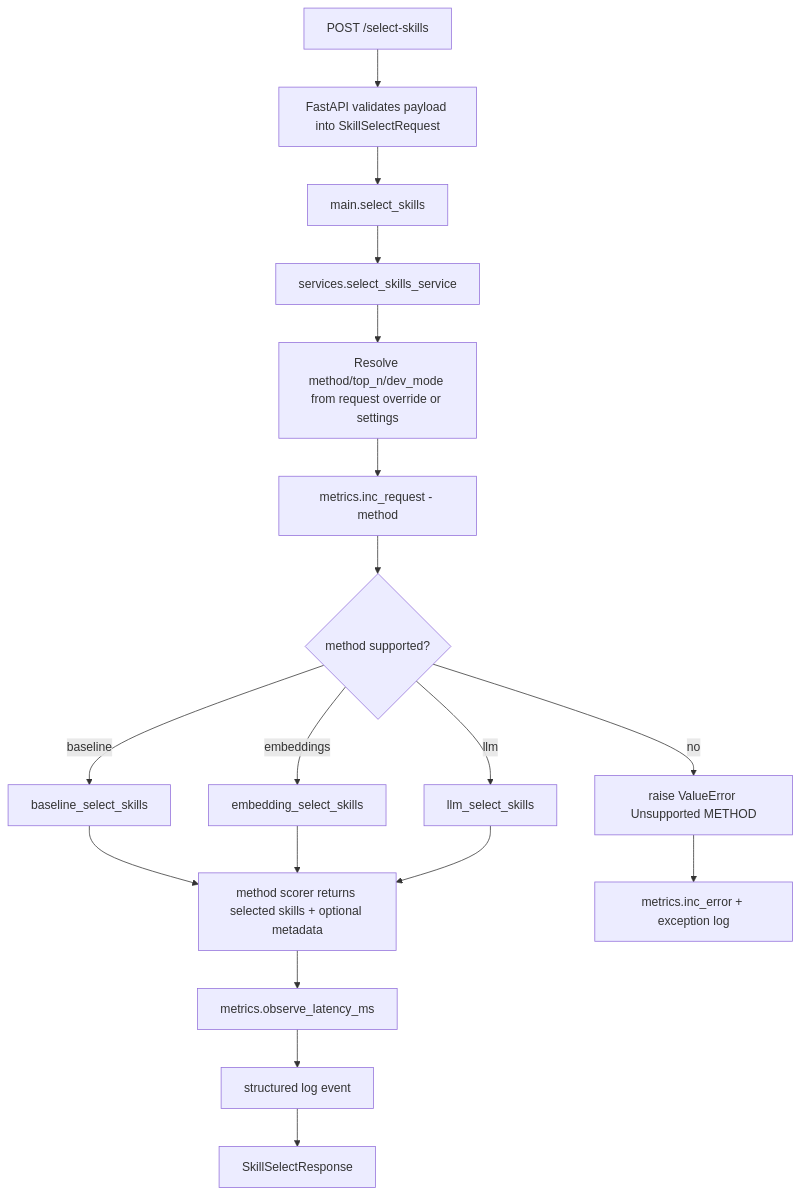
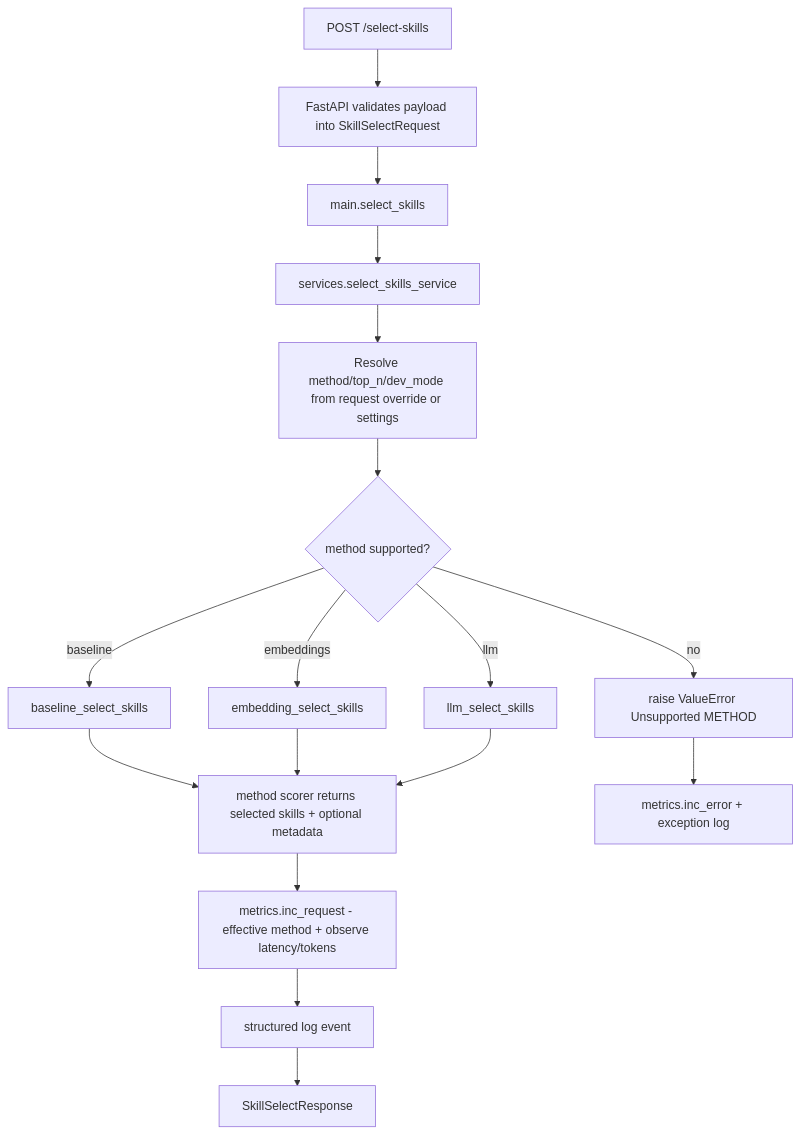
One commit to namerror/JobForge changed the diagram in docs/architecture-overview.md. Above: the diagram before and after it, drawn with Mermaid. The commit also changed other lines of this file and 8 other files, not shown here.

Commit message:
Update metrics to support fallback methods and token usage - add new metric entry to count total token usage - implement effective method count metrics: if a method fails and falls back to a method, the record should include the fallback method instead of the originally called one

````diff
--- a/docs/architecture-overview.md
+++ b/docs/architecture-overview.md
@@ -55,20 +55,19 @@
 ```mermaid
 flowchart TD
     A[POST /select-skills] --> B[FastAPI validates payload into SkillSelectRequest]
     B --> C[main.select_skills]
     C --> D[services.select_skills_service]
     D --> E[Resolve method/top_n/dev_mode from request override or settings]
-    E --> F[metrics.inc_request - method]
-    F --> G{method supported?}
+    E --> G{method supported?}
     G -- no --> H[raise ValueError Unsupported METHOD]
     G -- baseline --> I[baseline_select_skills]
     G -- embeddings --> U[embedding_select_skills]
     G -- llm --> V[llm_select_skills]
     I --> J[method scorer returns selected skills + optional metadata]
     U --> J
     V --> J
-    J --> Q[metrics.observe_latency_ms]
+    J --> Q[metrics.inc_request - effective method + observe latency/tokens]
     Q --> R[structured log event]
     R --> S[SkillSelectResponse]
     H --> T[metrics.inc_error + exception log]
 ```
````
